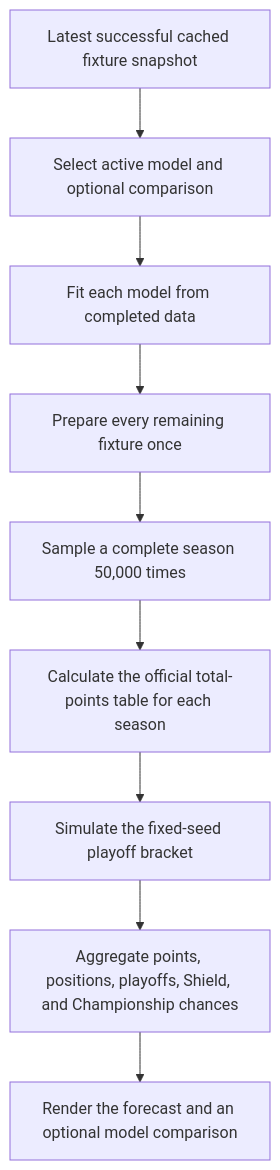
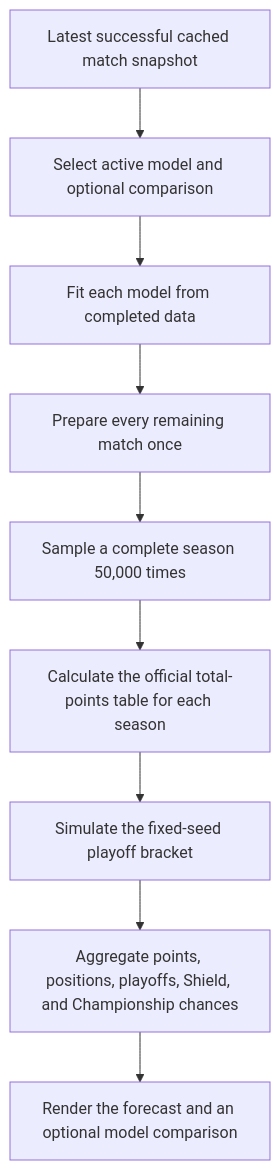
The first of 2 diagrams in docs/forecast-lab-guide.md (jrduncans/nwsl-season), drawn with Mermaid before and after one commit. The commit also changed other lines of this file and 10 other files, not shown here.

````diff
--- a/docs/forecast-lab-guide.md
+++ b/docs/forecast-lab-guide.md
@@ -28,11 +28,11 @@
 ```mermaid
 flowchart TD
-    A["Latest successful cached fixture snapshot"] --> B["Select active model and optional comparison"]
+    A["Latest successful cached match snapshot"] --> B["Select active model and optional comparison"]
     B --> C["Fit each model from completed data"]
-    C --> D["Prepare every remaining fixture once"]
+    C --> D["Prepare every remaining match once"]
     D --> E["Sample a complete season 50,000 times"]
     E --> F["Calculate the official total-points table for each season"]
     F --> G["Simulate the fixed-seed playoff bracket"]
     G --> I["Aggregate points, positions, playoffs, Shield, and Championship chances"]
     I --> H["Render the forecast and an optional model comparison"]
 ```
````
